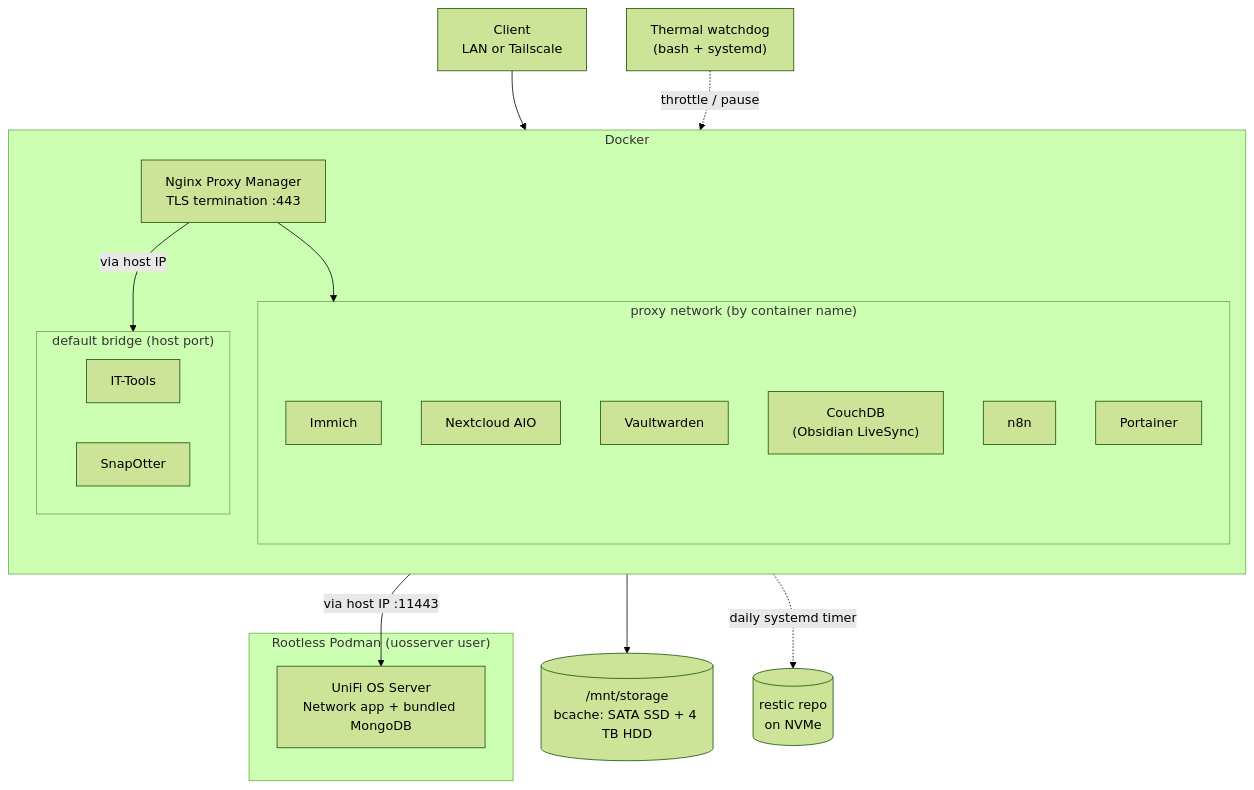
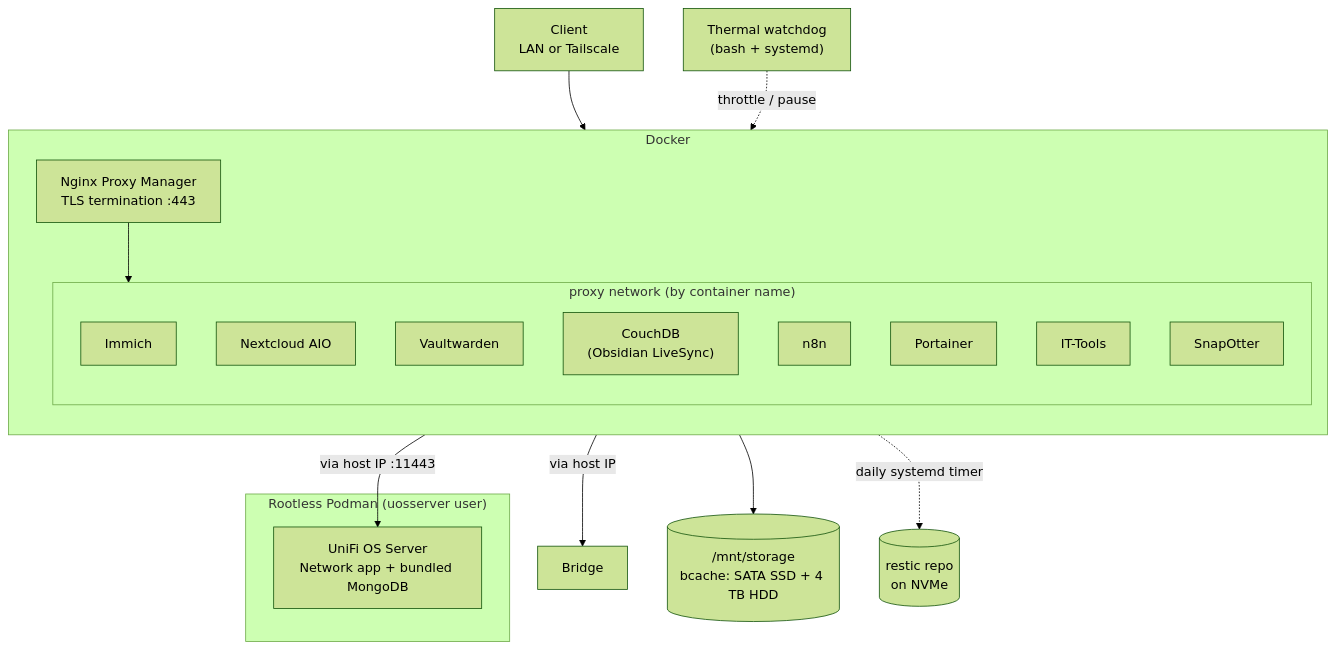
One commit to schultzn6619/homelab-documentation changed the second of 2 diagrams in README.md. Above: the diagram before and after it, drawn with Mermaid (forest theme). The commit also changed other lines of this file and 9 other files, not shown here.

````diff
--- a/README.md
+++ b/README.md
@@ -55,34 +55,32 @@
 ```mermaid
 flowchart TB
     Client[Client<br/>LAN or Tailscale] --> NPM["Nginx Proxy Manager<br/>TLS termination :443"]
 
     subgraph Docker["Docker"]
         direction TB
         NPM
         subgraph Proxy["proxy network (by container name)"]
             Immich
             Nextcloud[Nextcloud AIO]
             Vaultwarden
             CouchDB["CouchDB<br/>(Obsidian LiveSync)"]
             n8n
             Portainer
-        end
-        subgraph Bridge["default bridge (host port)"]
             ITTools[IT-Tools]
             SnapOtter
         end
     end
 
     subgraph Podman["Rootless Podman (uosserver user)"]
         UOS["UniFi OS Server<br/>Network app + bundled MongoDB"]
     end
 
     NPM --> Proxy
     NPM -- "via host IP" --> Bridge
     NPM -- "via host IP :11443" --> UOS
 
     Proxy --> Storage[("/mnt/storage<br/>bcache: SATA SSD + 4 TB HDD")]
     Proxy -. "daily systemd timer" .-> Backups[("restic repo<br/>on NVMe")]
 
     Watchdog["Thermal watchdog<br/>(bash + systemd)"] -. "throttle / pause" .-> Immich
 ```
````
